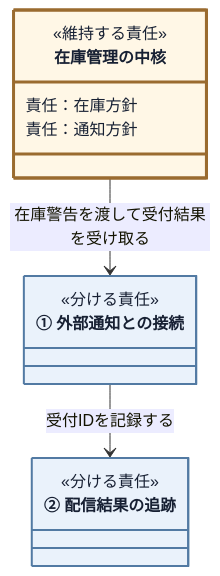
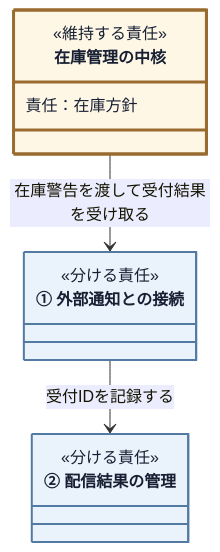
One commit to kumachan1101-pixel/DesignPattern changed the ninth of 18 diagrams in kindle/design-patterns/books/volume01-core-patterns/output/05-chapter03.md. Above: the diagram before and after it, drawn with Mermaid. The commit also changed other lines of this file and 14 other files, not shown here.

````diff
--- a/kindle/design-patterns/books/volume01-core-patterns/output/05-chapter03.md
+++ b/kindle/design-patterns/books/volume01-core-patterns/output/05-chapter03.md
@@ -1503,21 +1503,20 @@
 ```mermaid
 classDiagram
     %% provisional-role-diagram
     direction TB
     class InventoryPolicy["在庫管理の中核"]:::current {
         <<維持する責任>>
         責任：在庫方針
-        責任：通知方針
     }
     class NotificationConnection["① 外部通知との接続"]:::separated {
         <<分ける責任>>
     }
-    class DeliveryTracking["② 配信結果の追跡"]:::separated {
+    class DeliveryTracking["② 配信結果の管理"]:::separated {
         <<分ける責任>>
     }
     InventoryPolicy --> NotificationConnection : 在庫警告を渡して受付結果を受け取る
     NotificationConnection --> DeliveryTracking : 受付IDを記録する
 
     classDef separated fill:#eaf2fb,stroke:#527aa3,stroke-width:2px,color:#172033;
     classDef current fill:#fff7e6,stroke:#9a6b2f,stroke-width:3px,color:#172033;
 ```
````
